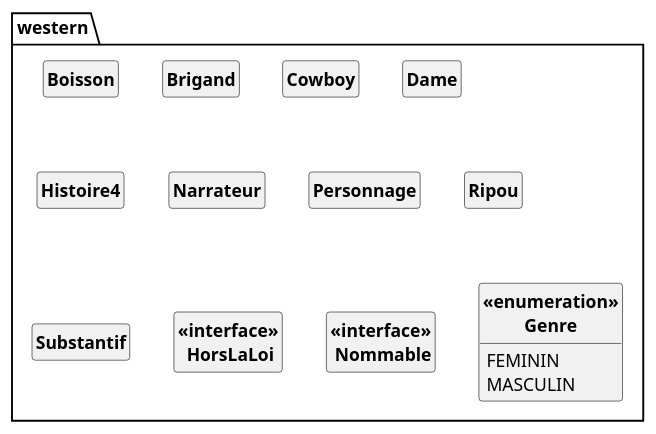
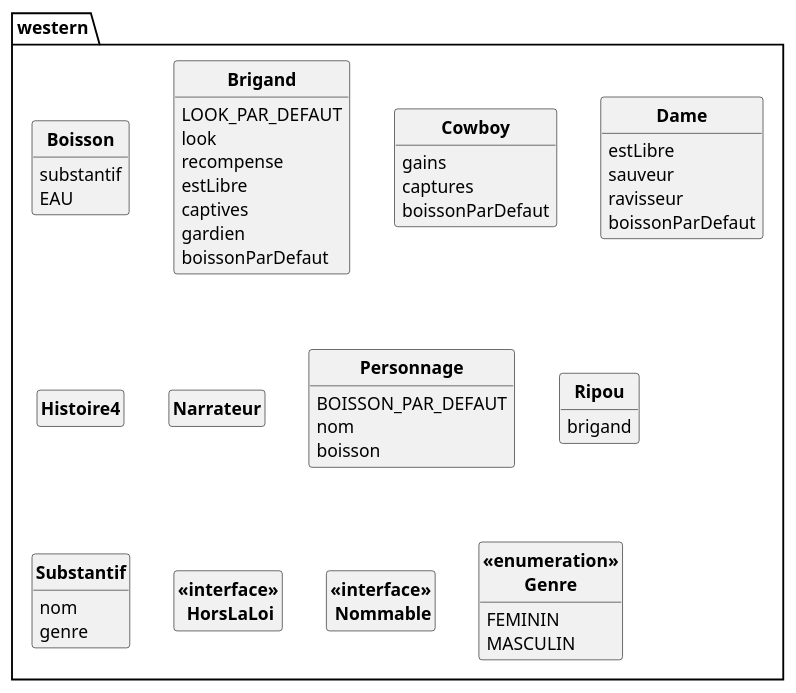
One commit to Lykomonix/API-JAVAtoPUML changed the diagram in javadoc.puml. Above: the diagram before and after it, drawn with PlantUML. The commit also changed 2 other files, not shown here.

```diff
--- a/javadoc.puml
+++ b/javadoc.puml
@@ -1,37 +1,77 @@
 @startuml
 
 skinparam style strictuml
 skinparam classAttributeIconSize 0
 skinparam classFontStyle Bold
 hide empty members
 
 Package "western" {
 class Boisson
+{
+substantif
+EAU
+}
 
 class Brigand
+{
+LOOK_PAR_DEFAUT
+look
+recompense
+estLibre
+captives
+gardien
+boissonParDefaut
+}
 
 class Cowboy
+{
+gains
+captures
+boissonParDefaut
+}
 
 class Dame
+{
+estLibre
+sauveur
+ravisseur
+boissonParDefaut
+}
 
 class Histoire4
+{
+}
 
 class Narrateur
+{
+}
 
 class Personnage
+{
+BOISSON_PAR_DEFAUT
+nom
+boisson
+}
 
 class Ripou
+{
+brigand
+}
 
 class Substantif
+{
+nom
+genre
+}
 
 class "<<interface>>\n HorsLaLoi"
 class "<<interface>>\n Nommable"
 class "<<enumeration>>\nGenre"
 {
 FEMININ
 MASCULIN
 }
 
 }
 
 @enduml
```
